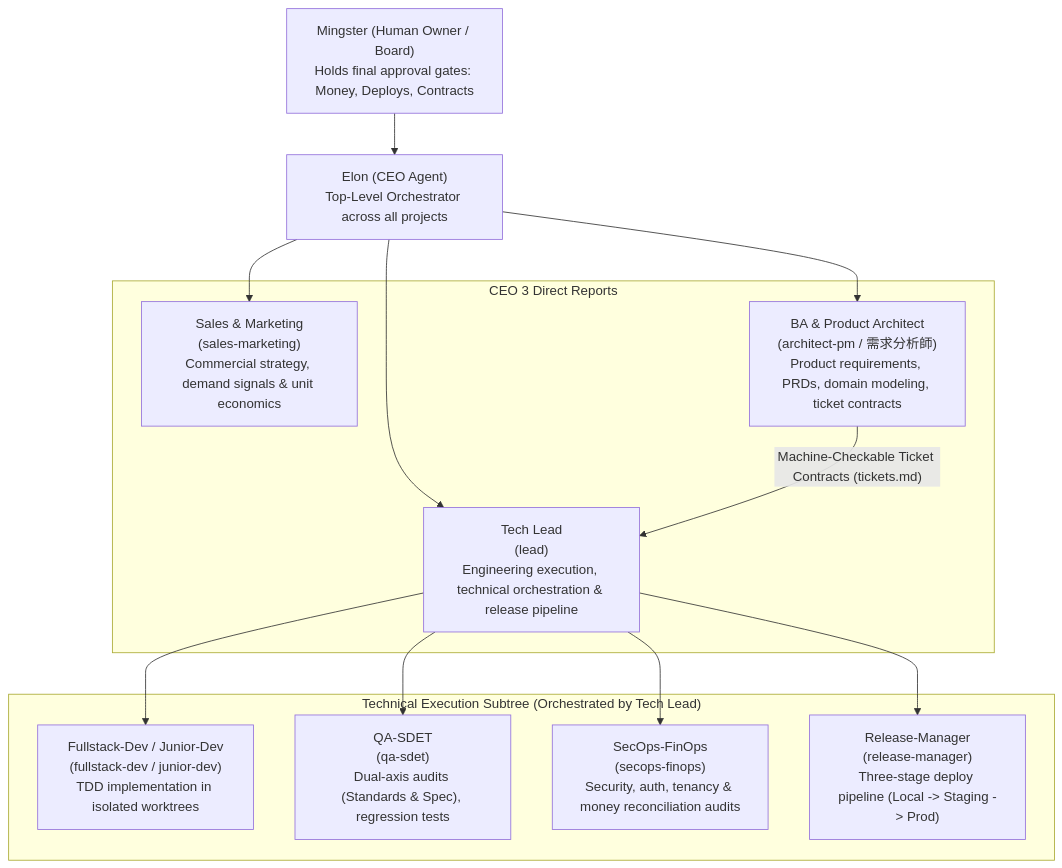
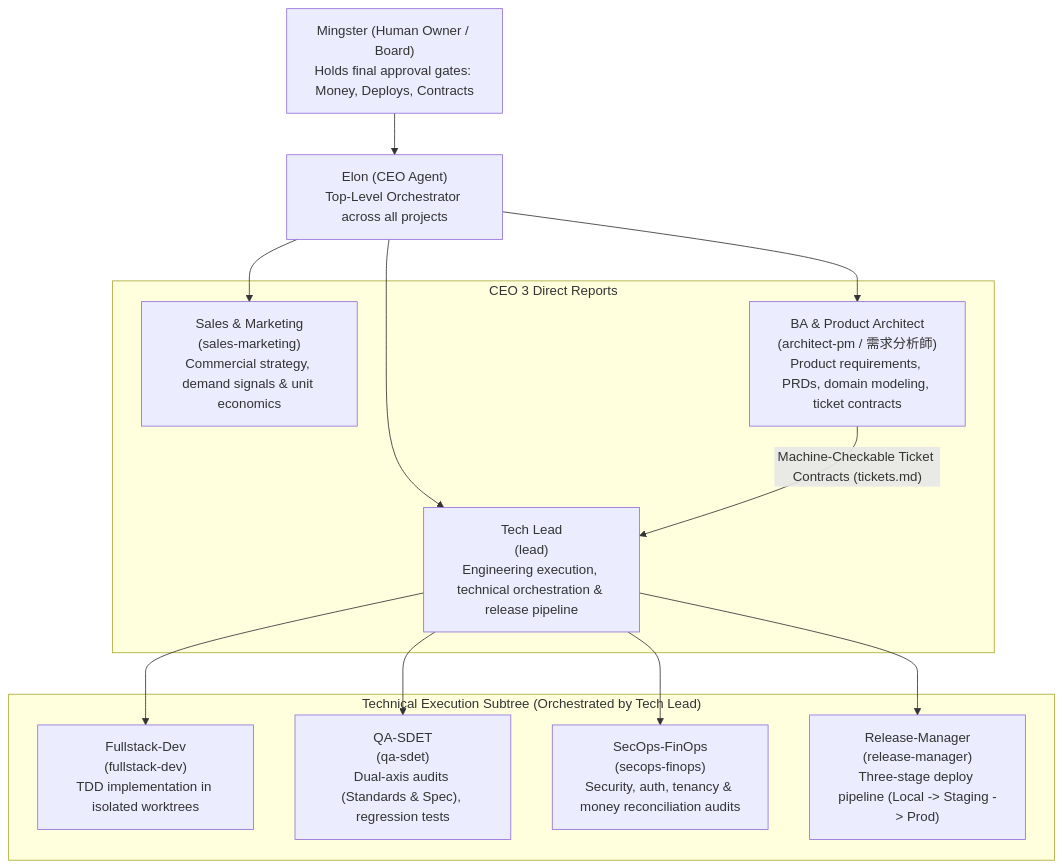
The first of 2 diagrams in docs/agents/agent-team-architecture.md (mingster/dotfiles), drawn with Mermaid before and after one commit. The commit also changed other lines of this file and 4 other files, not shown here.

````diff
--- a/docs/agents/agent-team-architecture.md
+++ b/docs/agents/agent-team-architecture.md
@@ -11,29 +11,29 @@
 ```mermaid
 flowchart TD
     Board["Mingster (Human Owner / Board)\nHolds final approval gates: Money, Deploys, Contracts"]
     CEO["Elon (CEO Agent)\nTop-Level Orchestrator across all projects"]
     
     subgraph Direct_Reports["CEO 3 Direct Reports"]
         Sales["Sales & Marketing\n(sales-marketing)\nCommercial strategy, demand signals & unit economics"]
         BA["BA & Product Architect\n(architect-pm / 需求分析師)\nProduct requirements, PRDs, domain modeling, ticket contracts"]
         TL["Tech Lead\n(lead)\nEngineering execution, technical orchestration & release pipeline"]
     end
     
     subgraph Tech_Specialists["Technical Execution Subtree (Orchestrated by Tech Lead)"]
-        Dev["Fullstack-Dev / Junior-Dev\n(fullstack-dev / junior-dev)\nTDD implementation in isolated worktrees"]
+        Dev["Fullstack-Dev\n(fullstack-dev)\nTDD implementation in isolated worktrees"]
         QA["QA-SDET\n(qa-sdet)\nDual-axis audits (Standards & Spec), regression tests"]
         SecOps["SecOps-FinOps\n(secops-finops)\nSecurity, auth, tenancy & money reconciliation audits"]
         RM["Release-Manager\n(release-manager)\nThree-stage deploy pipeline (Local -> Staging -> Prod)"]
     end
 
     Board --> CEO
     CEO --> Sales
     CEO --> BA
     CEO --> TL
     
     BA -- "Machine-Checkable Ticket Contracts (tickets.md)" --> TL
     TL --> Dev
     TL --> QA
     TL --> SecOps
     TL --> RM
 ```
````
